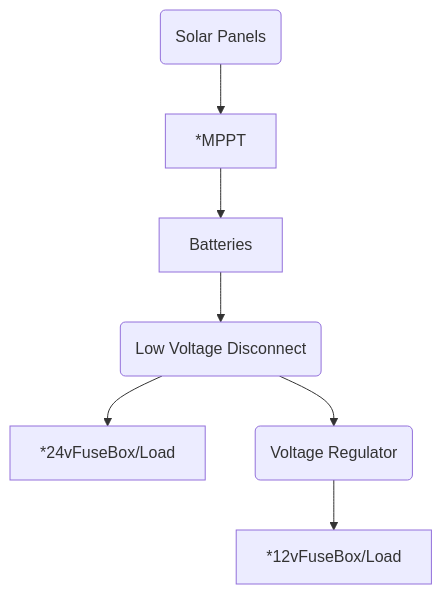
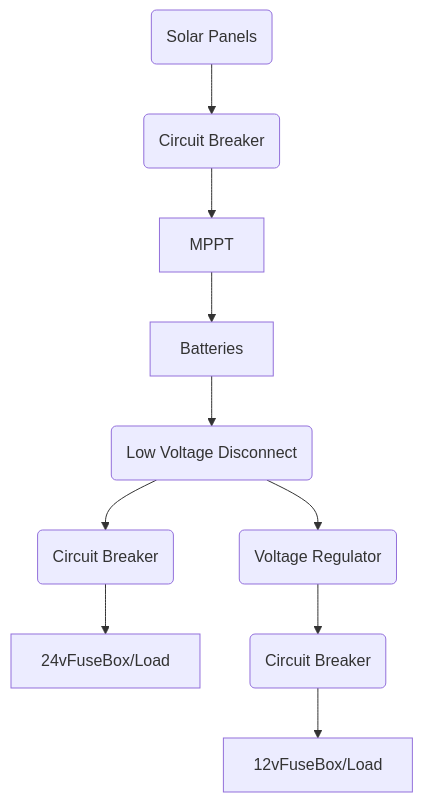
Before and after one commit to ericdmoore/solar-pi: the diagram in README.md, drawn with Mermaid. The commit also changed other lines of this file, not shown here.

````diff
--- a/README.md
+++ b/README.md
@@ -163,9 +161,12 @@
 ```mermaid
   graph TD;
-      Panels(Solar Panels)-->*MPPT
-      *MPPT-->Batteries
+      Panels(Solar Panels)-->cb1(Circuit Breaker)
+      cb1(Circuit Breaker)-->MPPT
+      MPPT-->Batteries
       Batteries-->LVD(Low Voltage Disconnect)
-      LVD-->*24vFuseBox/Load
+      LVD-->cb2(Circuit Breaker)
+      cb2(Circuit Breaker)-->24vFuseBox/Load
       LVD-->VReg(Voltage Regulator)
-      VReg-->*12vFuseBox/Load
+      VReg-->cb3(Circuit Breaker)
+      cb3(Circuit Breaker)-->12vFuseBox/Load
 ```
````
